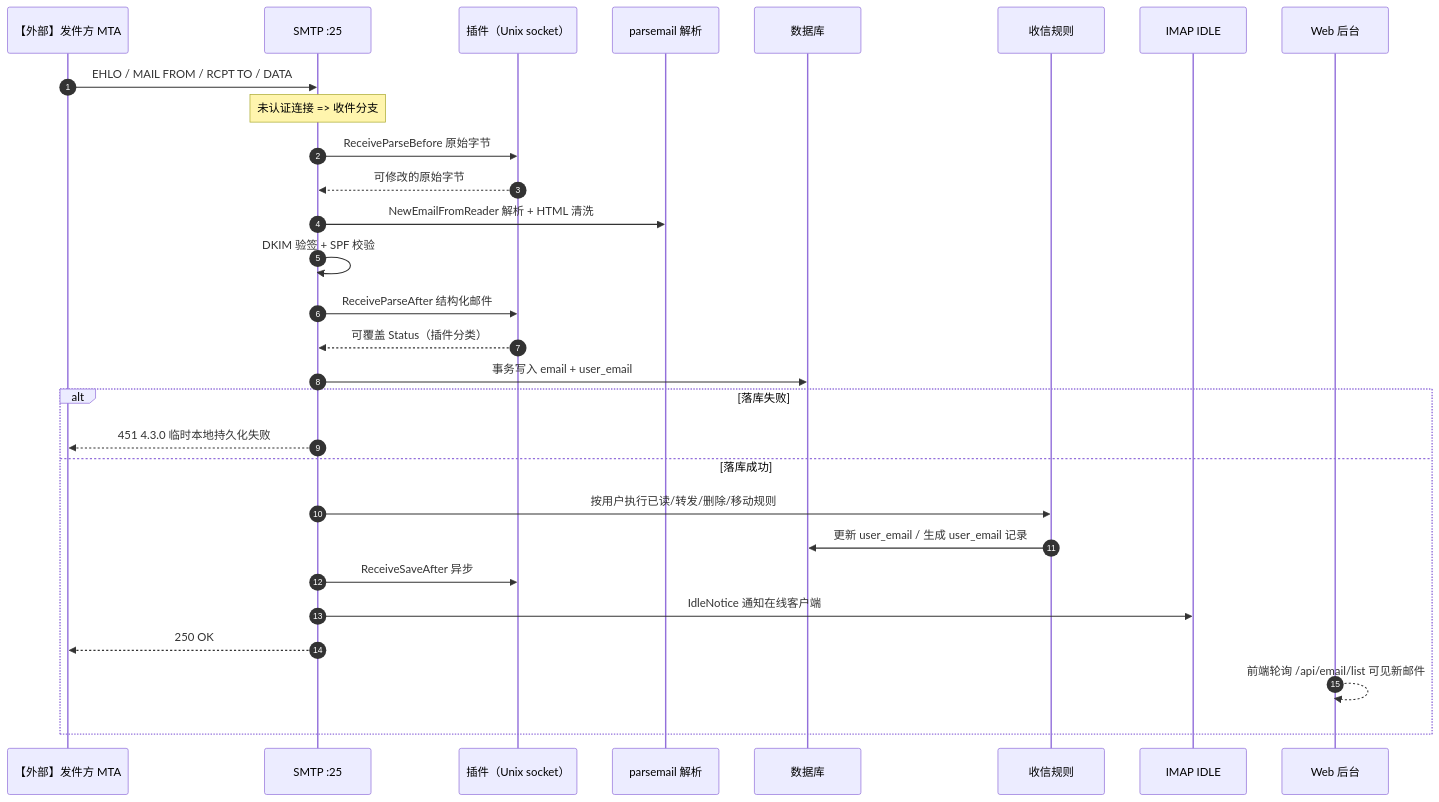
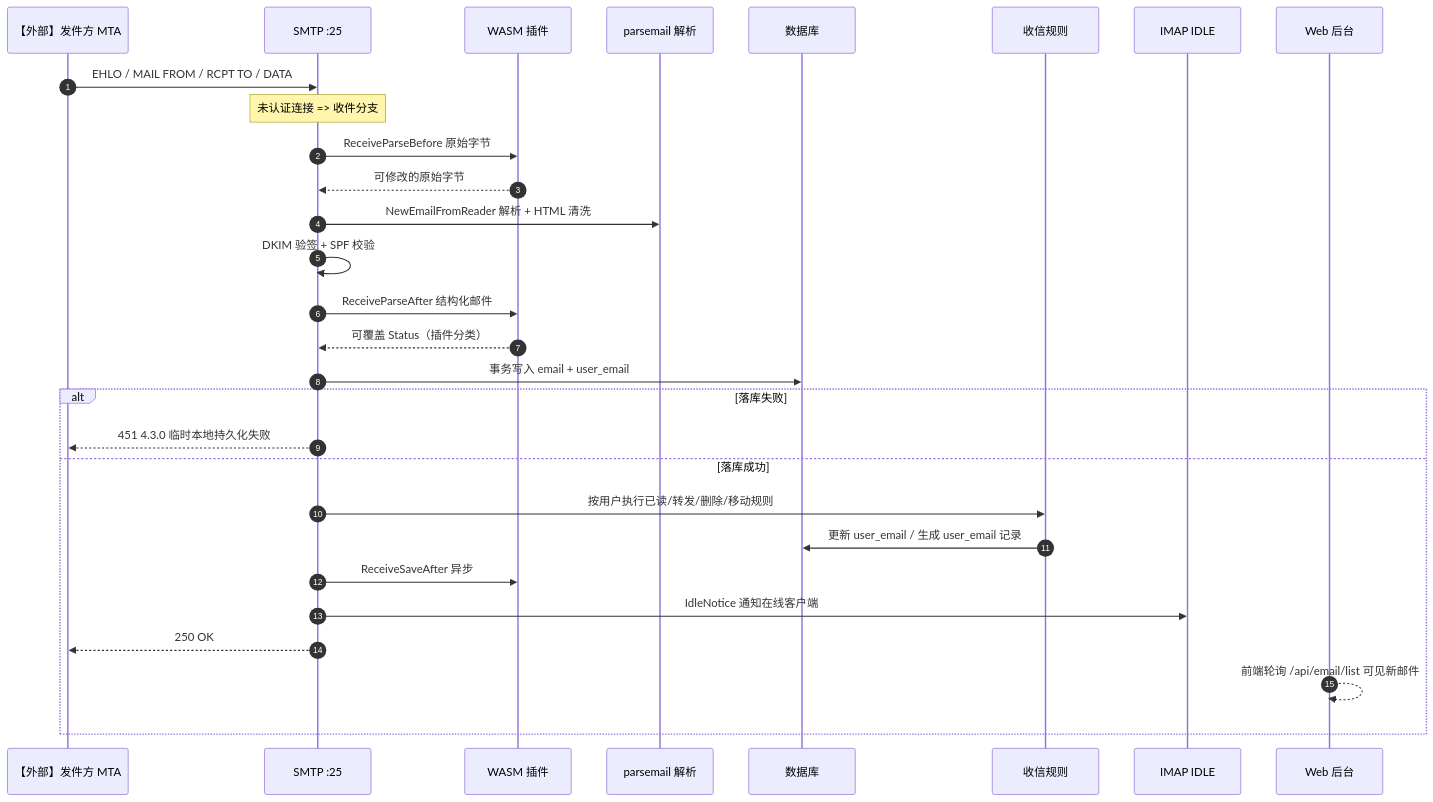
One commit to bambuo/PMail changed the third of 4 diagrams in docs/架构全景图.md. Above: the diagram before and after it, drawn with Mermaid. The commit also changed other lines of this file and 80 other files, not shown here.

````diff
--- a/docs/架构全景图.md
+++ b/docs/架构全景图.md
@@ -115,32 +115,32 @@
 ```mermaid
 sequenceDiagram
   autonumber
   participant MTA as 【外部】发件方 MTA
   participant S25 as SMTP :25
-  participant H as 插件（Unix socket）
+  participant H as WASM 插件
   participant P as parsemail 解析
   participant DB as 数据库
   participant R as 收信规则
   participant I as IMAP IDLE
   participant W as Web 后台
 
   MTA->>S25: EHLO / MAIL FROM / RCPT TO / DATA
   Note over S25: 未认证连接 => 收件分支
   S25->>H: ReceiveParseBefore 原始字节
   H-->>S25: 可修改的原始字节
   S25->>P: NewEmailFromReader 解析 + HTML 清洗
   S25->>S25: DKIM 验签 + SPF 校验
   S25->>H: ReceiveParseAfter 结构化邮件
   H-->>S25: 可覆盖 Status（插件分类）
   S25->>DB: 事务写入 email + user_email
   alt 落库失败
     S25-->>MTA: 451 4.3.0 临时本地持久化失败
   else 落库成功
     S25->>R: 按用户执行已读/转发/删除/移动规则
     R->>DB: 更新 user_email / 生成 user_email 记录
     S25->>H: ReceiveSaveAfter 异步
     S25->>I: IdleNotice 通知在线客户端
     S25-->>MTA: 250 OK
     W-->>W: 前端轮询 /api/email/list 可见新邮件
   end
 ```
````
